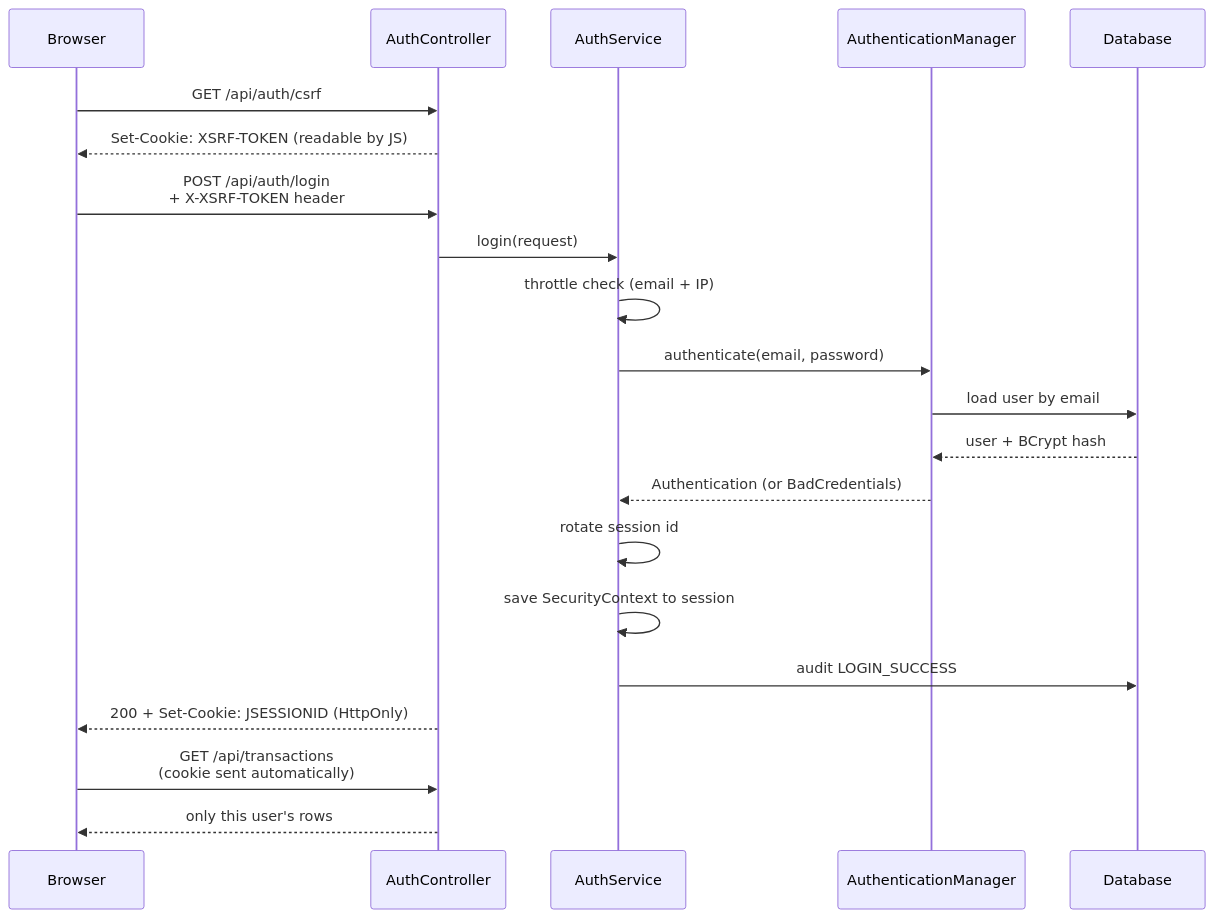
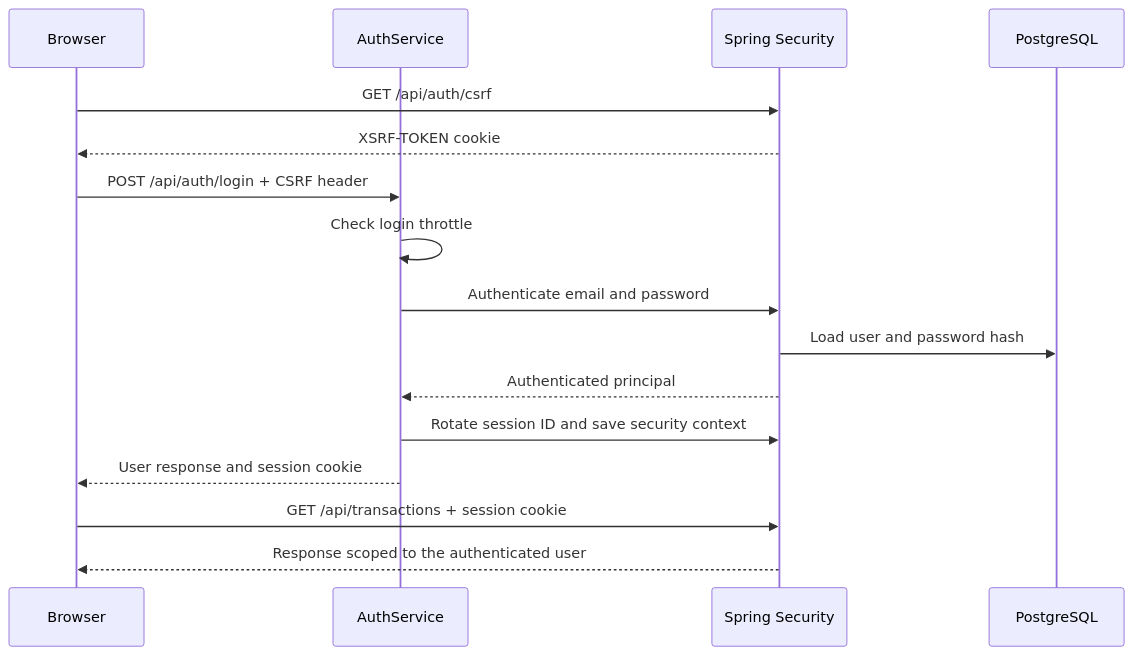
Before and after one commit to notusian/spendscope: the second of 4 diagrams in docs/architecture.md, drawn with Mermaid. The commit also changed other lines of this file and 75 other files, not shown here.

````diff
--- a/docs/architecture.md
+++ b/docs/architecture.md
@@ -95,26 +47,18 @@
 ```mermaid
 sequenceDiagram
     participant B as Browser
-    participant A as AuthController
-    participant S as AuthService
-    participant M as AuthenticationManager
-    participant D as Database
-
-    B->>A: GET /api/auth/csrf
-    A-->>B: Set-Cookie: XSRF-TOKEN (readable by JS)
-
-    B->>A: POST /api/auth/login<br/>+ X-XSRF-TOKEN header
-    A->>S: login(request)
-    S->>S: throttle check (email + IP)
-    S->>M: authenticate(email, password)
-    M->>D: load user by email
-    D-->>M: user + BCrypt hash
-    M-->>S: Authentication (or BadCredentials)
-    S->>S: rotate session id
-    S->>S: save SecurityContext to session
-    S->>D: audit LOGIN_SUCCESS
-    A-->>B: 200 + Set-Cookie: JSESSIONID (HttpOnly)
-
-    B->>A: GET /api/transactions<br/>(cookie sent automatically)
-    A-->>B: only this user's rows
+    participant A as AuthService
+    participant S as Spring Security
+    participant D as PostgreSQL
+    B->>S: GET /api/auth/csrf
+    S-->>B: XSRF-TOKEN cookie
+    B->>A: POST /api/auth/login + CSRF header
+    A->>A: Check login throttle
+    A->>S: Authenticate email and password
+    S->>D: Load user and password hash
+    S-->>A: Authenticated principal
+    A->>S: Rotate session ID and save security context
+    A-->>B: User response and session cookie
+    B->>S: GET /api/transactions + session cookie
+    S-->>B: Response scoped to the authenticated user
 ```
````
